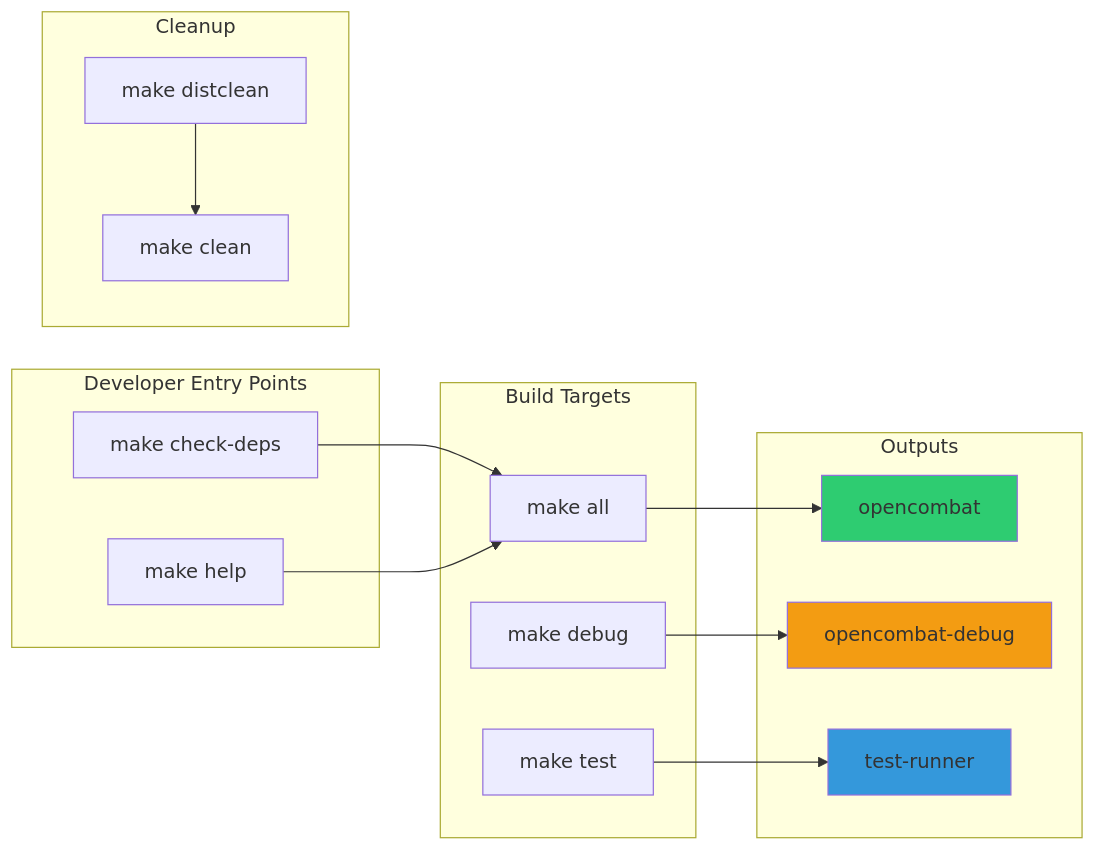
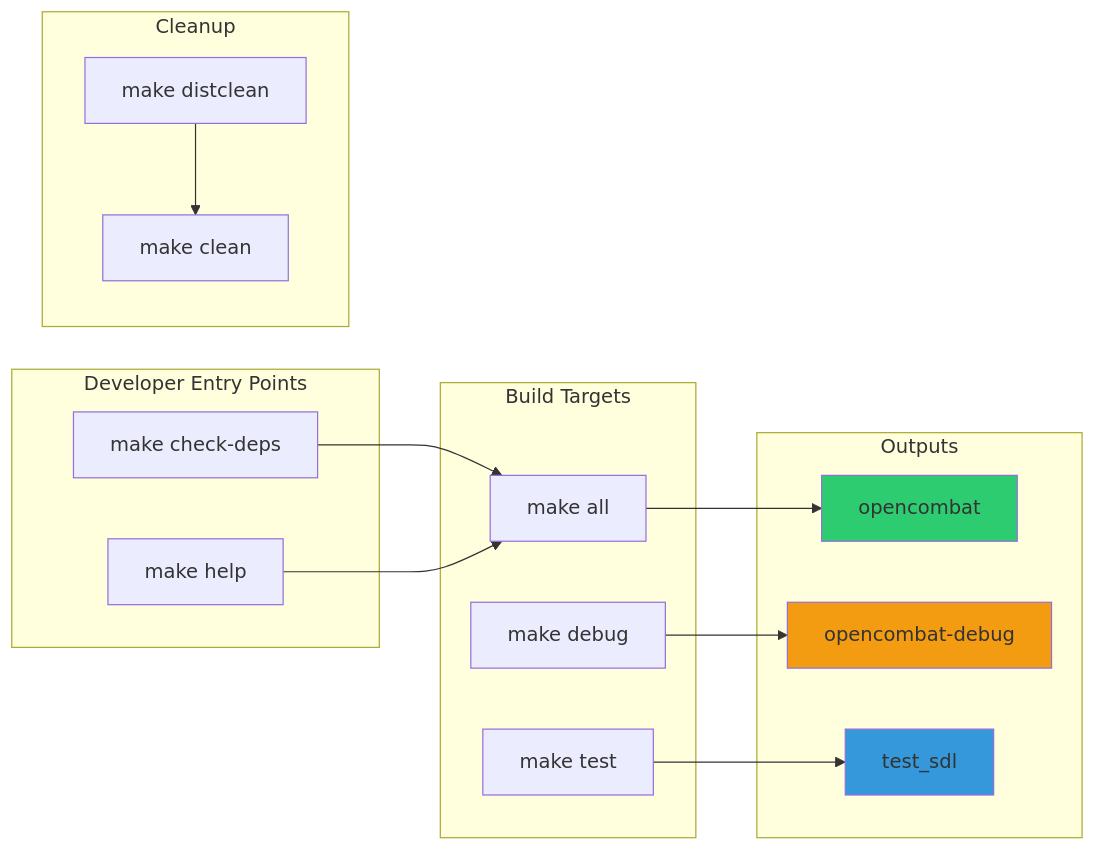
The third of 5 diagrams in docs/chapters/10-build-system.md (jukofyork/OpenCombat-SDL), drawn with Mermaid before and after one commit. The commit also changed other lines of this file and 11 other files, not shown here.

````diff
--- a/docs/chapters/10-build-system.md
+++ b/docs/chapters/10-build-system.md
@@ -213,35 +213,35 @@
 ```mermaid
 flowchart LR
     subgraph "Developer Entry Points"
         HELP[make help]
         CHECK[make check-deps]
     end
 
     subgraph "Build Targets"
         ALL[make all]
         DEBUG[make debug]
         TEST[make test]
     end
 
     subgraph "Cleanup"
         CLEAN[make clean]
         DISTCLEAN[make distclean]
     end
 
     subgraph "Outputs"
         RELEASE[opencombat]
         DEBUG_OUT[opencombat-debug]
-        TEST_OUT[test-runner]
+        TEST_OUT[test_sdl]
     end
 
     CHECK --> ALL
     HELP --> ALL
     ALL --> RELEASE
     DEBUG --> DEBUG_OUT
     TEST --> TEST_OUT
     DISTCLEAN --> CLEAN
 
     style RELEASE fill:#2ecc71
     style DEBUG_OUT fill:#f39c12
     style TEST_OUT fill:#3498db
 ```
````
